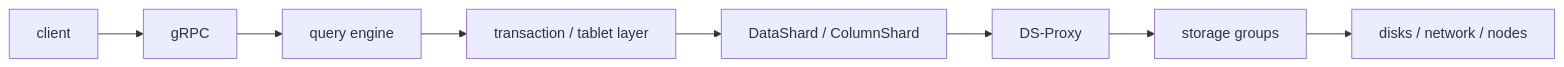
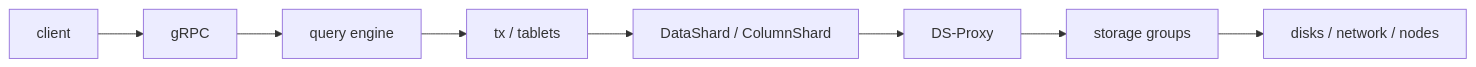
The third of 3 diagrams in ydb/docs/ru/core/devops/ydb-admin-distributed-system-presentation.md (zinal/ydb), drawn with Mermaid before and after one commit. The commit also changed other lines of this file, not shown here.

Commit message:
docs: compact mermaid diagrams for slides

````diff
--- a/ydb/docs/ru/core/devops/ydb-admin-distributed-system-presentation.md
+++ b/ydb/docs/ru/core/devops/ydb-admin-distributed-system-presentation.md
@@ -525,10 +525,10 @@
 ```mermaid
 flowchart LR
     client["client"] --> grpc["gRPC"]
     grpc --> query["query engine"]
-    query --> tx["transaction / tablet layer"]
+    query --> tx["tx / tablets"]
     tx --> shards["DataShard / ColumnShard"]
     shards --> dsproxy["DS-Proxy"]
     dsproxy --> storage["storage groups"]
     storage --> infra["disks / network / nodes"]
 ```
````
